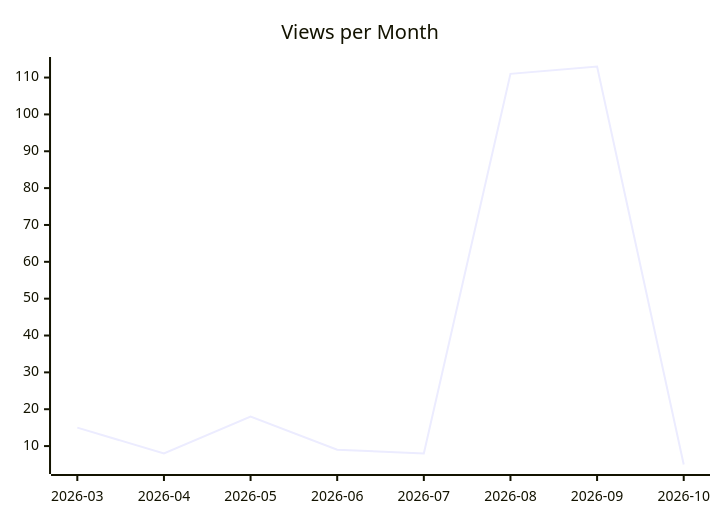
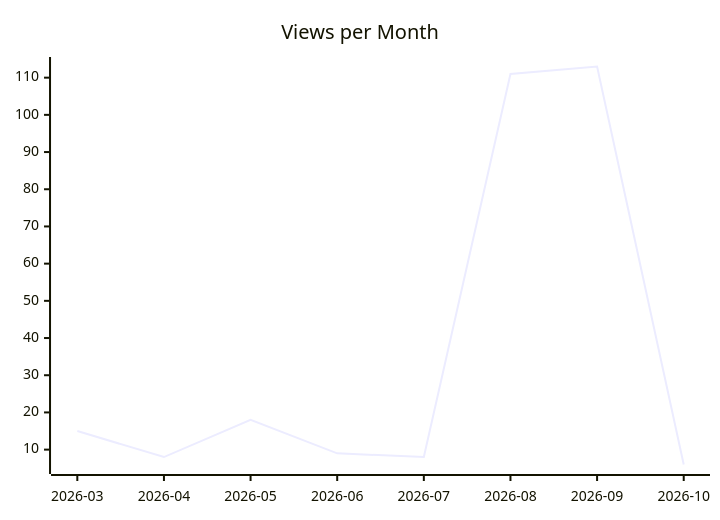
Before and after one commit to justdavis-family/github-analytics-data: the second of 3 diagrams in karlmdavis/xmlpull/README.md, drawn with Mermaid. The commit also changed other lines of this file and 202 other files, not shown here.

````diff
--- a/karlmdavis/xmlpull/README.md
+++ b/karlmdavis/xmlpull/README.md
@@ -12,6 +12,6 @@
 ```mermaid
 xychart-beta
   title "Views per Month"
   x-axis ["2026-03", "2026-04", "2026-05", "2026-06", "2026-07", "2026-08", "2026-09", "2026-10"]
-  line [15, 8, 18, 9, 8, 111, 113, 5]
+  line [15, 8, 18, 9, 8, 111, 113, 6]
 ```
````
